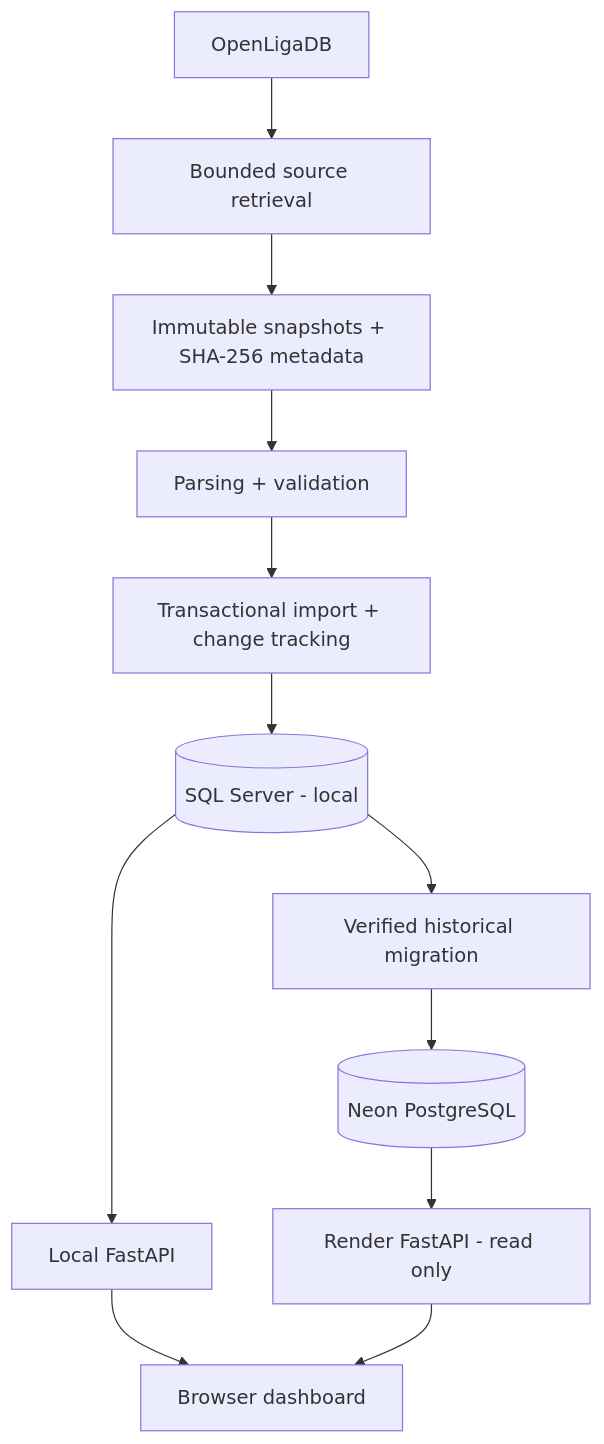
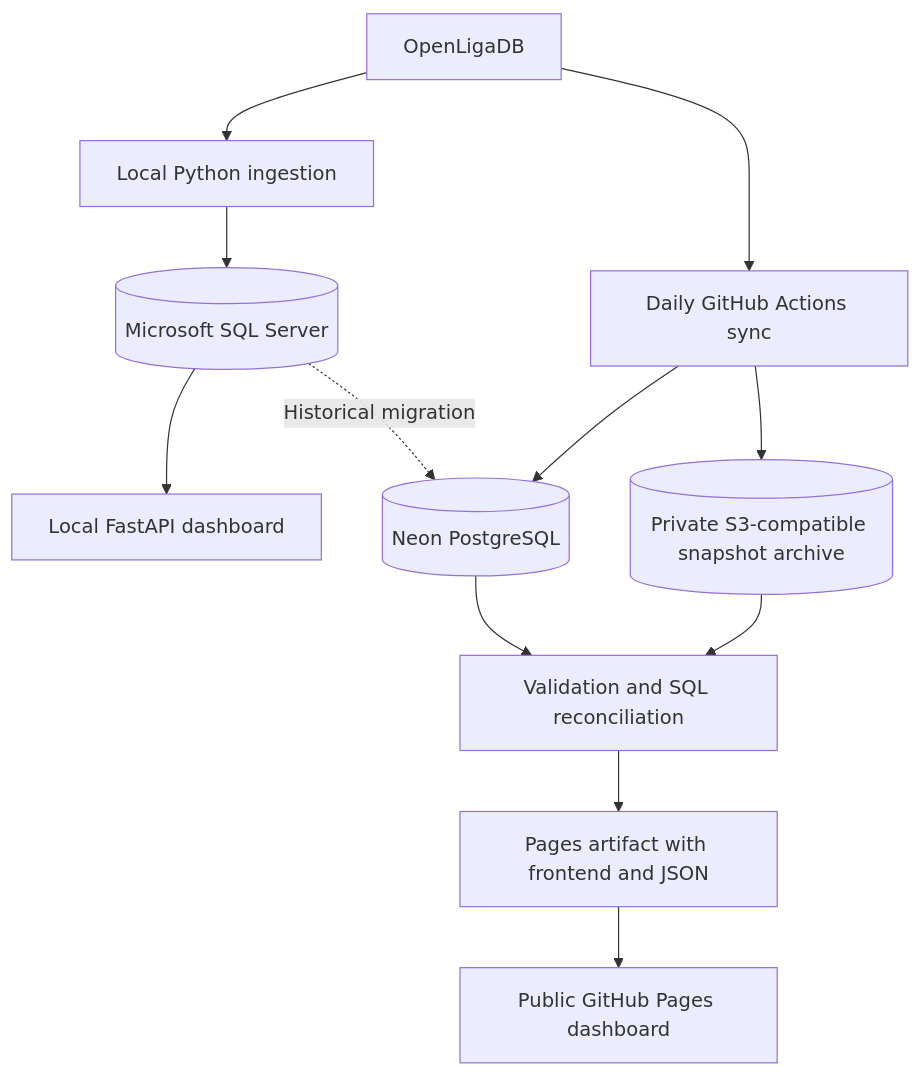
Before and after one commit to emam26/sports-fixtures-change-tracker: the diagram in README.md, drawn with Mermaid. The commit also changed other lines of this file and 8 other files, not shown here.

````diff
--- a/README.md
+++ b/README.md
@@ -68,14 +67,14 @@
 ```mermaid
 flowchart TD
-    A[OpenLigaDB] --> B[Bounded source retrieval]
-    B --> C[Immutable snapshots + SHA-256 metadata]
-    C --> D[Parsing + validation]
-    D --> E[Transactional import + change tracking]
-    E --> F[(SQL Server - local)]
-    F --> G[Verified historical migration]
-    G --> H[(Neon PostgreSQL)]
-    F --> I[Local FastAPI]
-    H --> J[Render FastAPI - read only]
-    I --> K[Browser dashboard]
-    J --> K
+    A[OpenLigaDB] --> B[Local Python ingestion]
+    B --> C[(Microsoft SQL Server)]
+    C --> D[Local FastAPI dashboard]
+    C -. Historical migration .-> G[(Neon PostgreSQL)]
+    A --> E[Daily GitHub Actions sync]
+    E --> F[(Private S3-compatible snapshot archive)]
+    E --> G
+    G --> H[Validation and SQL reconciliation]
+    F --> H
+    H --> I[Pages artifact with frontend and JSON]
+    I --> J[Public GitHub Pages dashboard]
 ```
````
